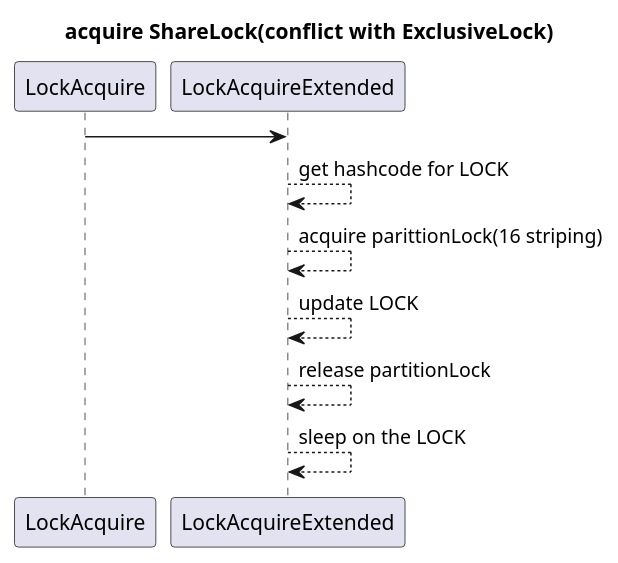
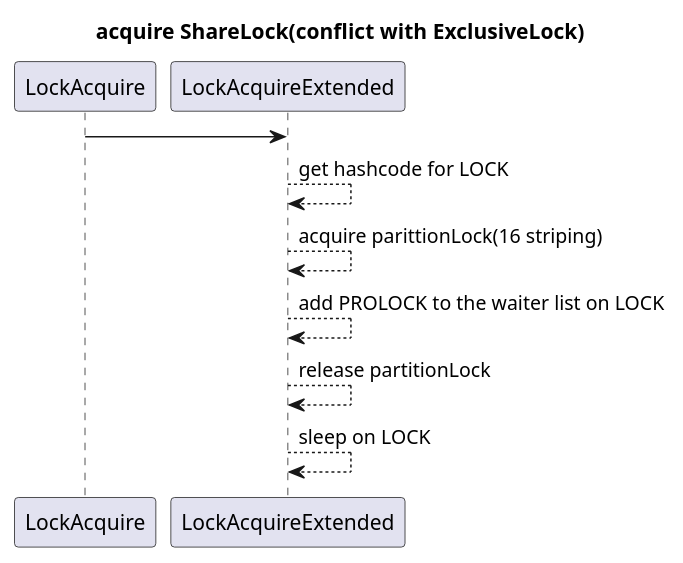
The diagram in lock_conflict.puml (zyake/postgres_analysis), drawn with PlantUML before and after one commit.

```diff
--- a/lock_conflict.puml
+++ b/lock_conflict.puml
@@ -1,11 +1,11 @@
 @startuml
 title acquire ShareLock(conflict with ExclusiveLock)
 
 LockAcquire -> LockAcquireExtended
 LockAcquireExtended --> LockAcquireExtended: get hashcode for LOCK
 LockAcquireExtended --> LockAcquireExtended: acquire parittionLock(16 striping)
-LockAcquireExtended --> LockAcquireExtended: update LOCK
+LockAcquireExtended --> LockAcquireExtended: add PROLOCK to the waiter list on LOCK
 LockAcquireExtended --> LockAcquireExtended: release partitionLock
-LockAcquireExtended --> LockAcquireExtended: sleep on the LOCK
+LockAcquireExtended --> LockAcquireExtended: sleep on LOCK
 
 @enduml
```
